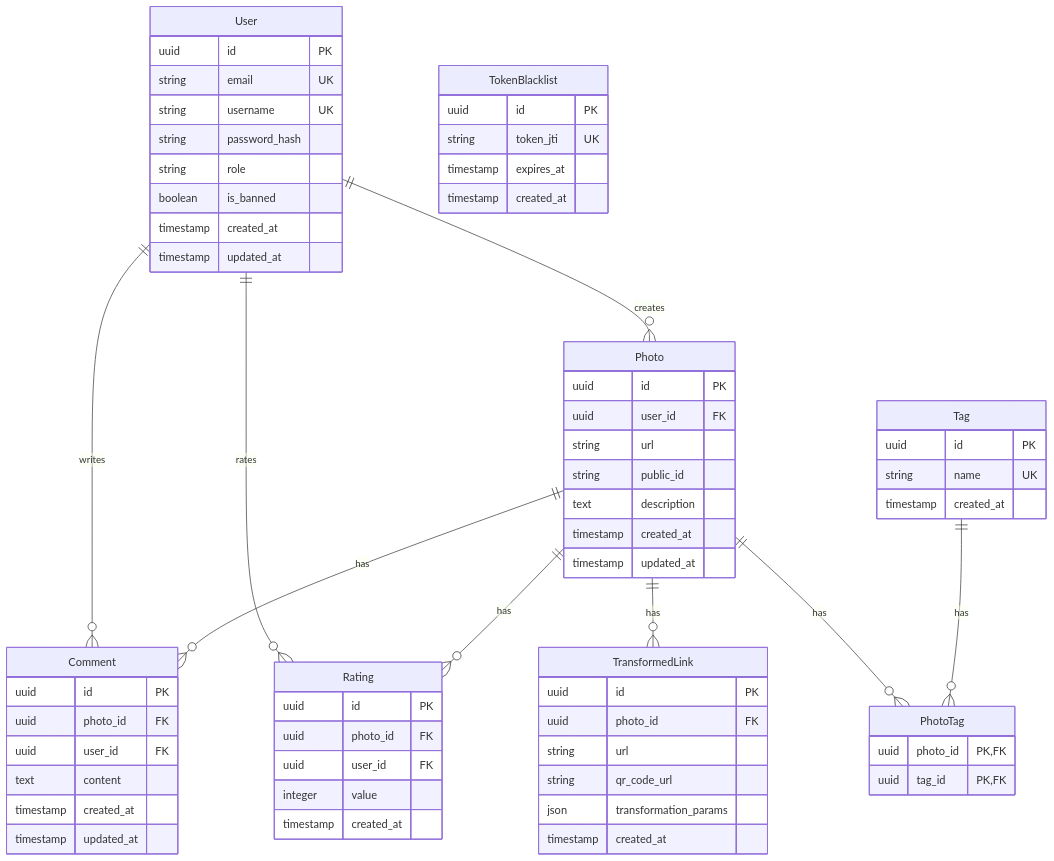
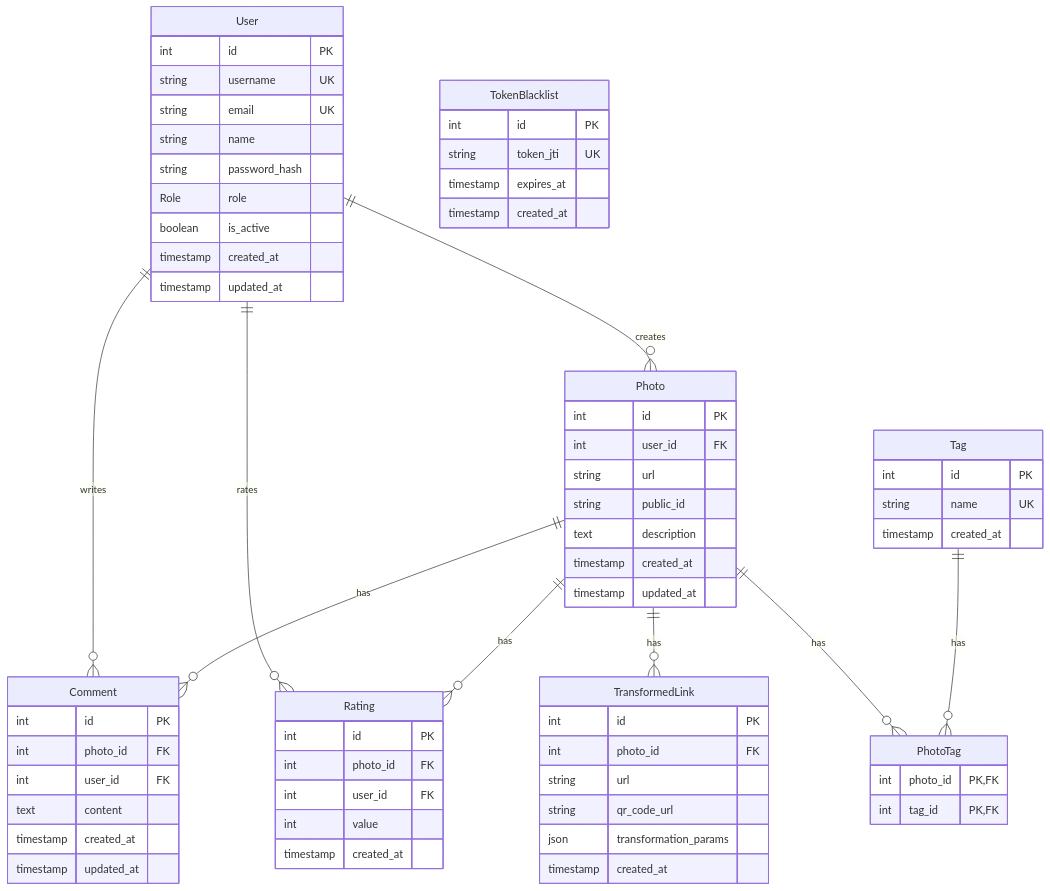
One commit to nikita-kotliar/photoShare changed the diagram in docs/DATA_MODEL.md. Above: the diagram before and after it, drawn with Mermaid. The commit also changed other lines of this file, not shown here.

````diff
--- a/docs/DATA_MODEL.md
+++ b/docs/DATA_MODEL.md
@@ -7,76 +9,77 @@
 ```mermaid
 erDiagram
     User ||--o{ Photo : creates
     User ||--o{ Comment : writes
     User ||--o{ Rating : rates
     Photo ||--o{ Comment : has
     Photo ||--o{ Rating : has
     Photo ||--o{ TransformedLink : has
     Photo ||--o{ PhotoTag : has
     Tag ||--o{ PhotoTag : has
 
     User {
-        uuid id PK
+        int id PK
+        string username UK
         string email UK
-        string username UK
+        string name
         string password_hash
-        string role
-        boolean is_banned
+        Role role
+        boolean is_active
         timestamp created_at
         timestamp updated_at
     }
 
     Photo {
-        uuid id PK
-        uuid user_id FK
+        int id PK
+        int user_id FK
         string url
         string public_id
         text description
         timestamp created_at
         timestamp updated_at
     }
 
     Tag {
-        uuid id PK
+        int id PK
         string name UK
         timestamp created_at
     }
 
     PhotoTag {
-        uuid photo_id PK, FK
-        uuid tag_id PK, FK
+        int photo_id PK, FK
+        int tag_id PK, FK
     }
 
     Comment {
-        uuid id PK
-        uuid photo_id FK
-        uuid user_id FK
+        int id PK
+        int photo_id FK
+        int user_id FK
         text content
         timestamp created_at
         timestamp updated_at
     }
 
     Rating {
-        uuid id PK
-        uuid photo_id FK
-        uuid user_id FK
-        integer value
+        int id PK
+        int photo_id FK
+        int user_id FK
+        int value
         timestamp created_at
     }
 
     TransformedLink {
-        uuid id PK
-        uuid photo_id FK
+        int id PK
+        int photo_id FK
         string url
         string qr_code_url
         json transformation_params
         timestamp created_at
     }
 
     TokenBlacklist {
-        uuid id PK
+        int id PK
         string token_jti UK
         timestamp expires_at
         timestamp created_at
     }
 ```
````
